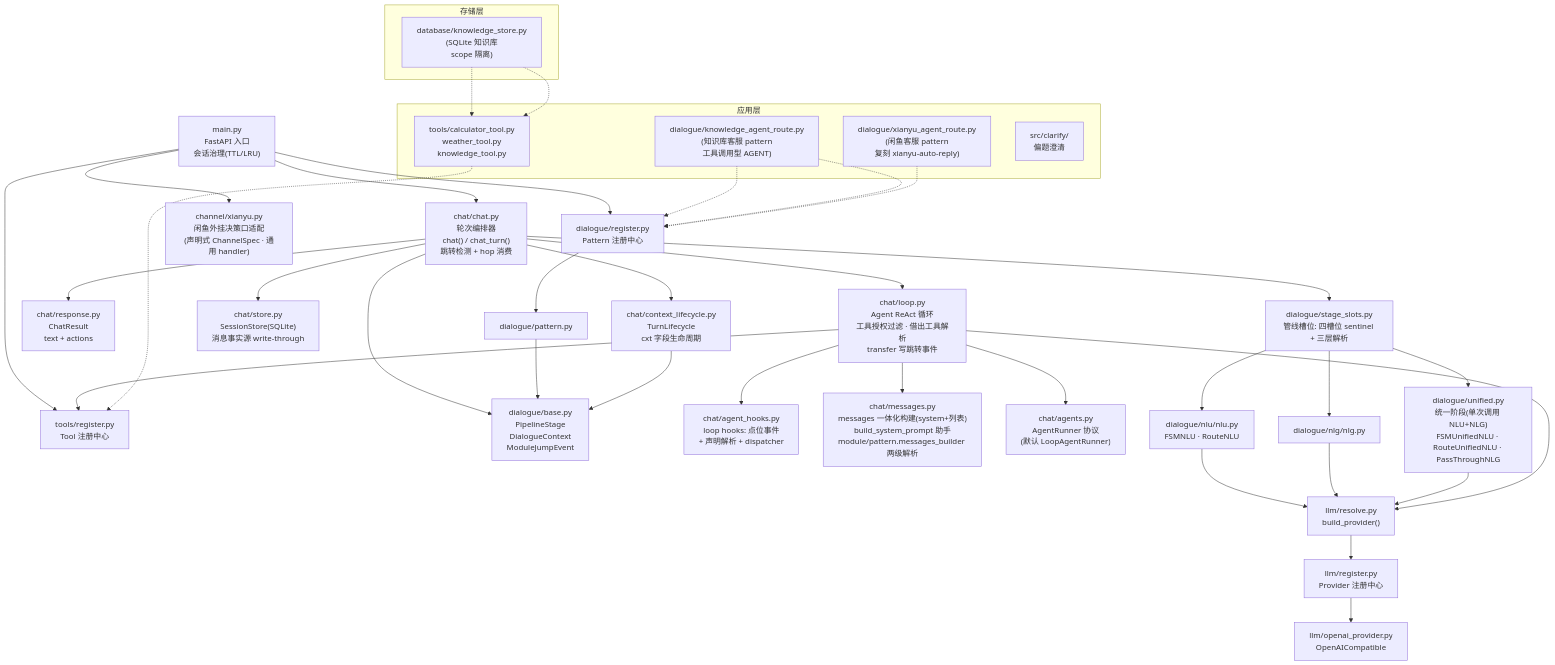
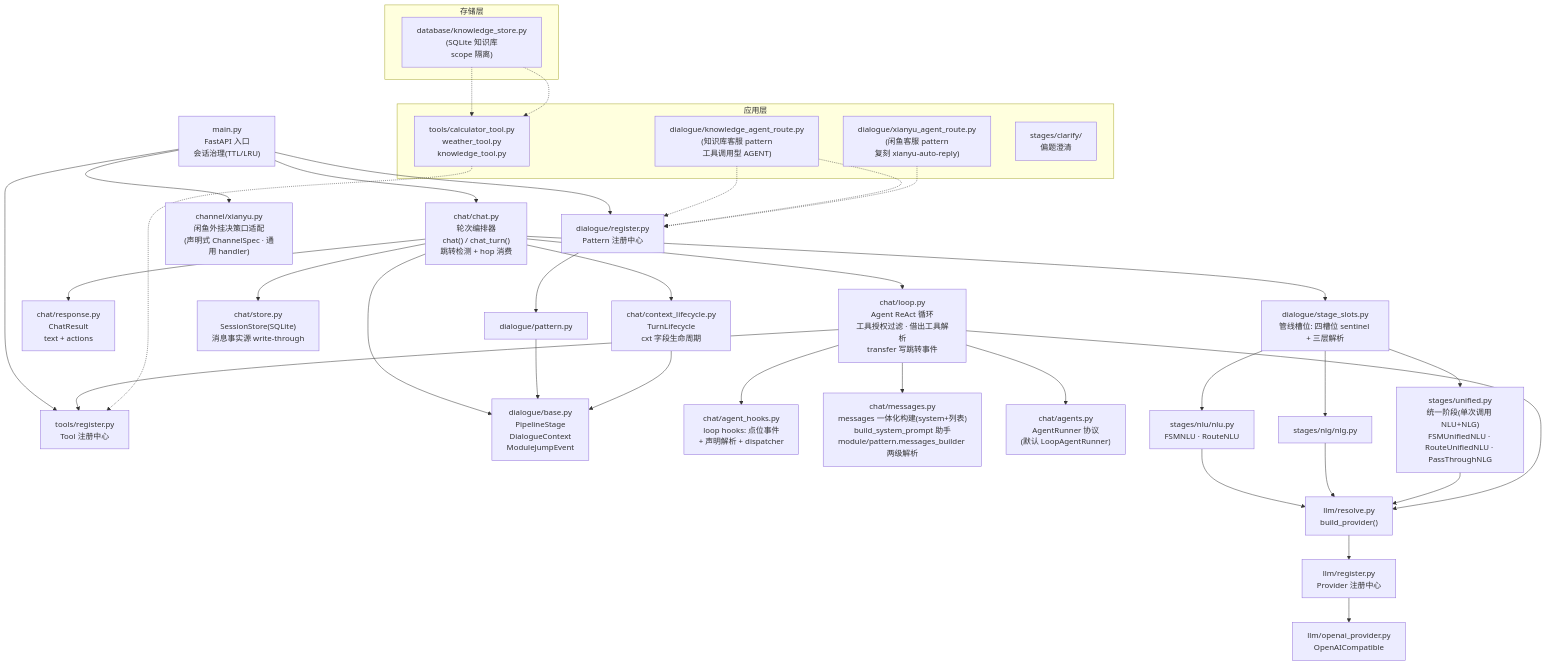
Before and after one commit to chengjian2018/hermes-nexus: the diagram in ARCHITECTURE.md, drawn with Mermaid. The commit also changed other lines of this file and 139 other files, not shown here.

First line of the commit message:
refactor(structure): 路径打平——去掉 src/ 层，stage 实现统一收拢 stages/

````diff
--- a/ARCHITECTURE.md
+++ b/ARCHITECTURE.md
@@ -7,50 +7,50 @@
 ```mermaid
 flowchart TB
     main["main.py<br/>FastAPI 入口<br/>会话治理(TTL/LRU)"] --> chat["chat/chat.py<br/>轮次编排器<br/>chat() / chat_turn()<br/>跳转检测 + hop 消费"]
     main --> preg["dialogue/register.py<br/>Pattern 注册中心"]
     main --> treg["tools/register.py<br/>Tool 注册中心"]
     main --> chan["channel/xianyu.py<br/>闲鱼外挂决策口适配<br/>(声明式 ChannelSpec · 通用 handler)"]
 
     chat --> lc["chat/context_lifecycle.py<br/>TurnLifecycle<br/>cxt 字段生命周期"]
     chat --> resp["chat/response.py<br/>ChatResult<br/>text + actions"]
     chat --> slots["dialogue/stage_slots.py<br/>管线槽位: 四槽位 sentinel + 三层解析"]
     chat --> base["dialogue/base.py<br/>PipelineStage<br/>DialogueContext<br/>ModuleJumpEvent"]
     chat --> store["chat/store.py<br/>SessionStore(SQLite)<br/>消息事实源 write-through"]
 
     chat --> loop2["chat/loop.py<br/>Agent ReAct 循环<br/>工具授权过滤 · 借出工具解析<br/>transfer 写跳转事件"]
     loop2 --> ahooks["chat/agent_hooks.py<br/>loop hooks: 点位事件<br/>+ 声明解析 + dispatcher"]
     loop2 --> msgs["chat/messages.py<br/>messages 一体化构建(system+列表)<br/>build_system_prompt 助手<br/>module/pattern.messages_builder 两级解析"]
     loop2 --> agents["chat/agents.py<br/>AgentRunner 协议<br/>(默认 LoopAgentRunner)"]
 
     preg --> pattern["dialogue/pattern.py"]
     pattern --> base
 
-    slots --> nlu["dialogue/nlu/nlu.py<br/>FSMNLU · RouteNLU"]
-    slots --> nlg["dialogue/nlg/nlg.py"]
-    slots --> uni["dialogue/unified.py<br/>统一阶段(单次调用 NLU+NLG)<br/>FSMUnifiedNLU · RouteUnifiedNLU · PassThroughNLG"]
+    slots --> nlu["stages/nlu/nlu.py<br/>FSMNLU · RouteNLU"]
+    slots --> nlg["stages/nlg/nlg.py"]
+    slots --> uni["stages/unified.py<br/>统一阶段(单次调用 NLU+NLG)<br/>FSMUnifiedNLU · RouteUnifiedNLU · PassThroughNLG"]
     nlu --> resolve["llm/resolve.py<br/>build_provider()"]
     nlg --> resolve
     uni --> resolve
     loop2 --> resolve
     loop2 --> treg
     lc --> base
 
     resolve --> llmreg["llm/register.py<br/>Provider 注册中心"]
     llmreg --> oai["llm/openai_provider.py<br/>OpenAICompatible"]
 
     subgraph 应用层
         xianyuagent["dialogue/xianyu_agent_route.py<br/>(闲鱼客服 pattern<br/>复刻 xianyu-auto-reply)"]
         kbagent["dialogue/knowledge_agent_route.py<br/>(知识库客服 pattern<br/>工具调用型 AGENT)"]
         tools["tools/calculator_tool.py<br/>weather_tool.py<br/>knowledge_tool.py"]
-        clarify["src/clarify/<br/>偏题澄清"]
+        clarify["stages/clarify/<br/>偏题澄清"]
     end
     subgraph 存储层
         kbs["database/knowledge_store.py<br/>(SQLite 知识库<br/>scope 隔离)"]
     end
     kbagent -.-> preg
     kbs -.-> tools
     kbagent -.-> preg
     kbs -.-> tools
     xianyuagent -.-> preg
     tools -.-> treg
 ```
````
